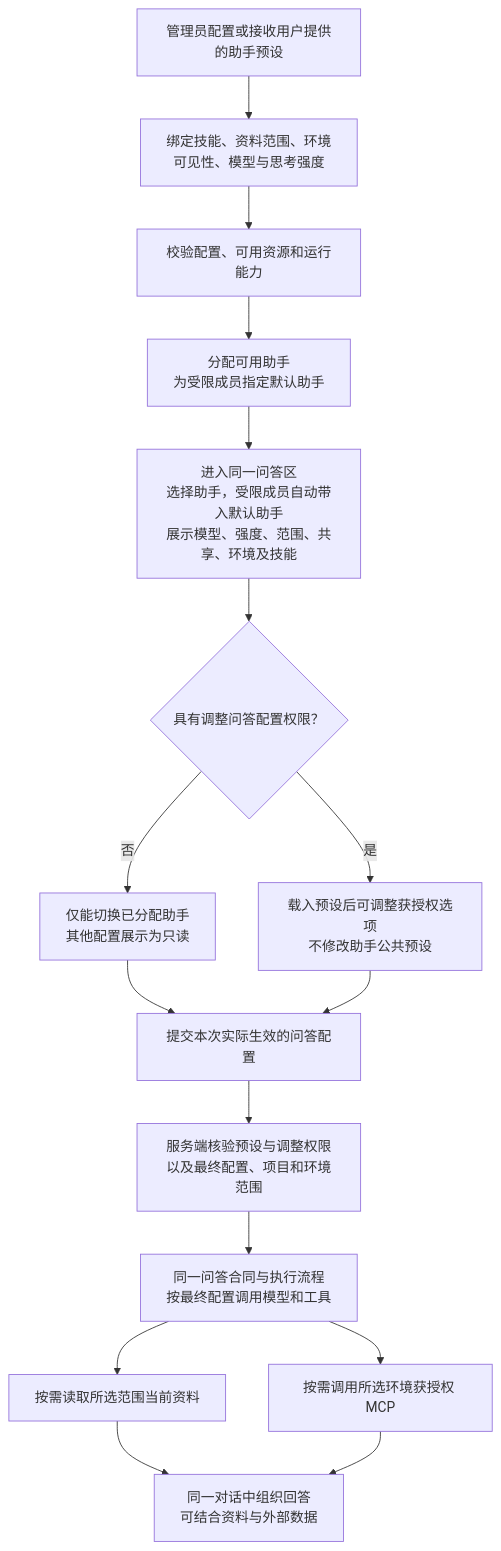
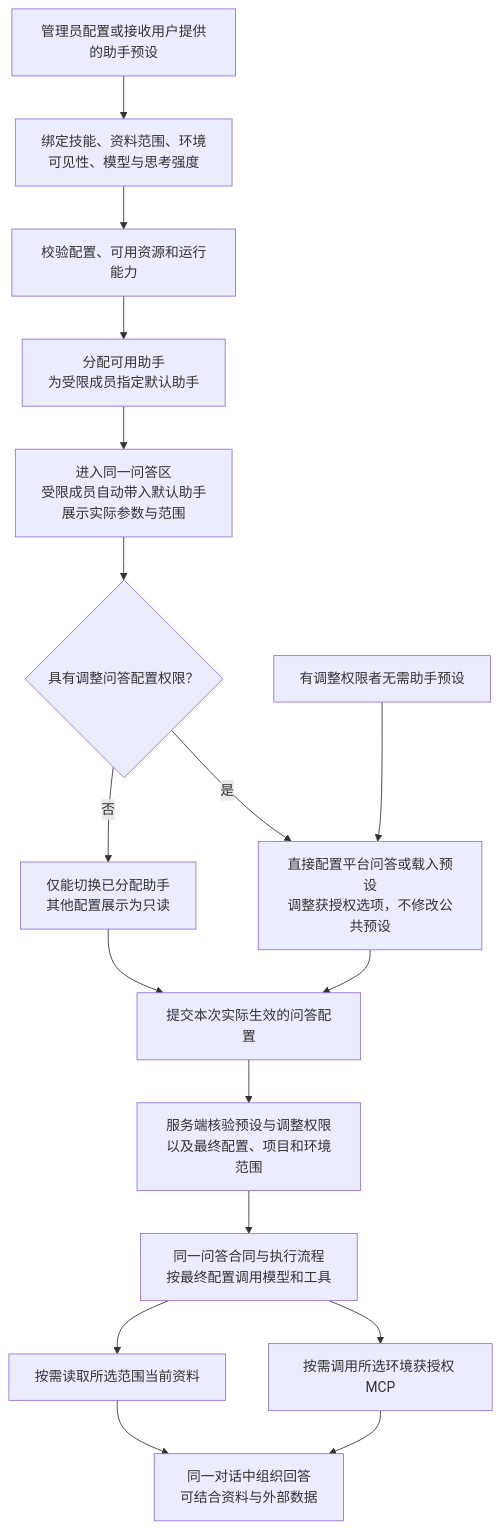
The fifth of 9 diagrams in examples/project-workbench-design.md (coco-ari/CodeMinificationRepository), drawn with Mermaid before and after one commit. The commit also changed other lines of this file and 26 other files, not shown here.

````diff
--- a/examples/project-workbench-design.md
+++ b/examples/project-workbench-design.md
@@ -222,18 +222,19 @@
 ```mermaid
 flowchart TB
     A["管理员配置或接收用户提供的助手预设"] --> B["绑定技能、资料范围、环境<br/>可见性、模型与思考强度"]
     B --> C["校验配置、可用资源和运行能力"]
     C --> D["分配可用助手<br/>为受限成员指定默认助手"]
-    D --> E["进入同一问答区<br/>选择助手，受限成员自动带入默认助手<br/>展示模型、强度、范围、共享、环境及技能"]
+    D --> E["进入同一问答区<br/>受限成员自动带入默认助手<br/>展示实际参数与范围"]
     E --> P{"具有调整问答配置权限？"}
     P -- "否" --> L["仅能切换已分配助手<br/>其他配置展示为只读"]
-    P -- "是" --> H["载入预设后可调整获授权选项<br/>不修改助手公共预设"]
+    P -- "是" --> H["直接配置平台问答或载入预设<br/>调整获授权选项，不修改公共预设"]
+    U["有调整权限者无需助手预设"] --> H
     L --> V["提交本次实际生效的问答配置"]
     H --> V
     V --> S["服务端核验预设与调整权限<br/>以及最终配置、项目和环境范围"]
     S --> Q["同一问答合同与执行流程<br/>按最终配置调用模型和工具"]
     Q --> W["按需读取所选范围当前资料"]
     Q --> M["按需调用所选环境获授权 MCP"]
     W --> O["同一对话中组织回答<br/>可结合资料与外部数据"]
     M --> O
 ```
````
